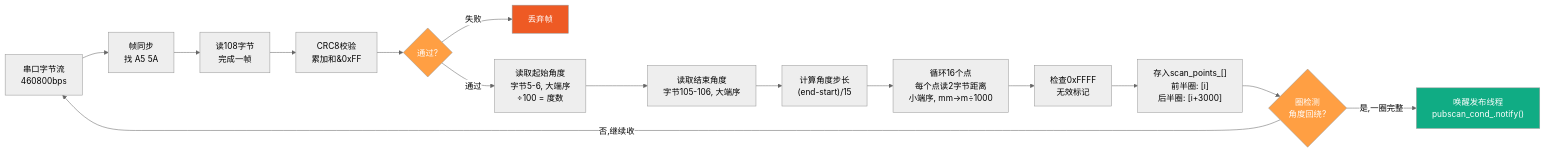
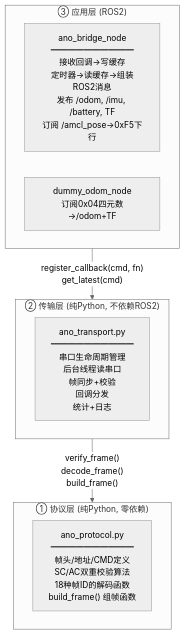
One commit to yangou-ylz/n10p_laser_ros2 changed the tenth of 25 diagrams in learn.md. Above: the diagram before and after it, drawn with Mermaid (neutral theme). The commit also changed other lines of this file and 32 other files, not shown here.

````diff
--- a/learn.md
+++ b/learn.md
@@ -2189,28 +785,18 @@
 ```mermaid
-flowchart LR
-    BYTES["串口字节流<br/>460800bps"]
-    SYNC["帧同步<br/>找 A5 5A"]
-    READ["读108字节<br/>完成一帧"]
-    CRC["CRC8校验<br/>累加和&0xFF"]
-    PASS{"通过?"}
-    DISCARD["丢弃帧"]
-    START_ANGLE["读取起始角度<br/>字节5-6, 大端序<br/>÷100 = 度数"]
-    END_ANGLE["读取结束角度<br/>字节105-106, 大端序"]
-    ANGLE_STEP["计算角度步长<br/>(end-start)/15"]
-    POINTS["循环16个点<br/>每个点读2字节距离<br/>小端序, mm→m÷1000"]
-    CHECK["检查0xFFFF<br/>无效标记"]
-    STORE["存入scan_points_[]<br/>前半圈: [i]<br/>后半圈: [i+3000]"]
-    DETECT{"圈检测<br/>角度回绕?"}
-    WAKE["唤醒发布线程<br/>pubscan_cond_.notify()"]
+flowchart TB
+    subgraph L3["③ 应用层 (ROS2)"]
+        ANO["ano_bridge_node<br/>━━━━━━━━━━<br/>接收回调→写缓存<br/>定时器→读缓存→组装ROS2消息<br/>发布 /odom, /imu, /battery, TF<br/>订阅 /amcl_pose→0xF5下行"]
+        DUMMY["dummy_odom_node<br/>订阅0x04四元数→/odom+TF"]
+    end
 
-    BYTES --> SYNC --> READ --> CRC --> PASS
-    PASS -->|"失败"| DISCARD
-    PASS -->|"通过"| START_ANGLE --> END_ANGLE --> ANGLE_STEP --> POINTS --> CHECK --> STORE --> DETECT
-    DETECT -->|"否,继续收"| BYTES
-    DETECT -->|"是,一圈完整"| WAKE
+    subgraph L2["② 传输层 (纯Python, 不依赖ROS2)"]
+        TRANS["ano_transport.py<br/>━━━━━━━━━━<br/>串口生命周期管理<br/>后台线程读串口<br/>帧同步+校验<br/>回调分发<br/>统计+日志"]
+    end
 
-    style PASS fill:#ff9f43,color:#fff
-    style DETECT fill:#ff9f43,color:#fff
-    style DISCARD fill:#ee5a24,color:#fff
-    style WAKE fill:#10ac84,color:#fff
+    subgraph L1["① 协议层 (纯Python, 零依赖)"]
+        PROTO["ano_protocol.py<br/>━━━━━━━━━━<br/>帧头/地址/CMD定义<br/>SC/AC双重校验算法<br/>18种帧ID的解码函数<br/>build_frame() 组帧函数"]
+    end
+
+    L3 -->|"register_callback(cmd, fn)<br/>get_latest(cmd)"| L2
+    L2 -->|"verify_frame()<br/>decode_frame()<br/>build_frame()"| L1
 ```
````
